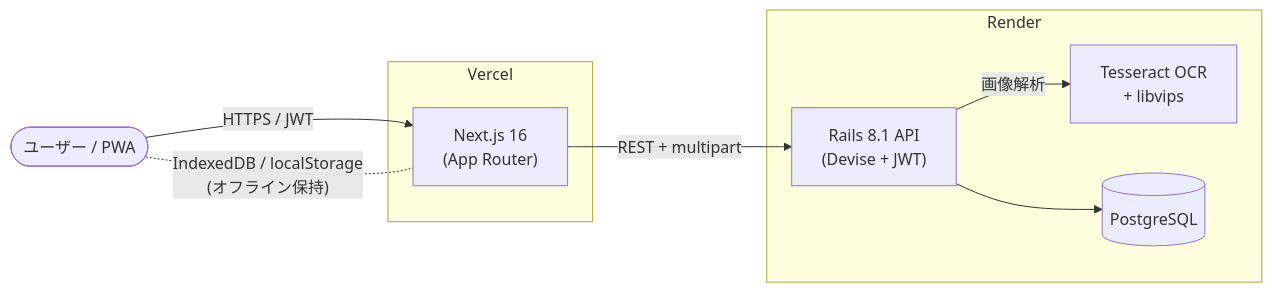
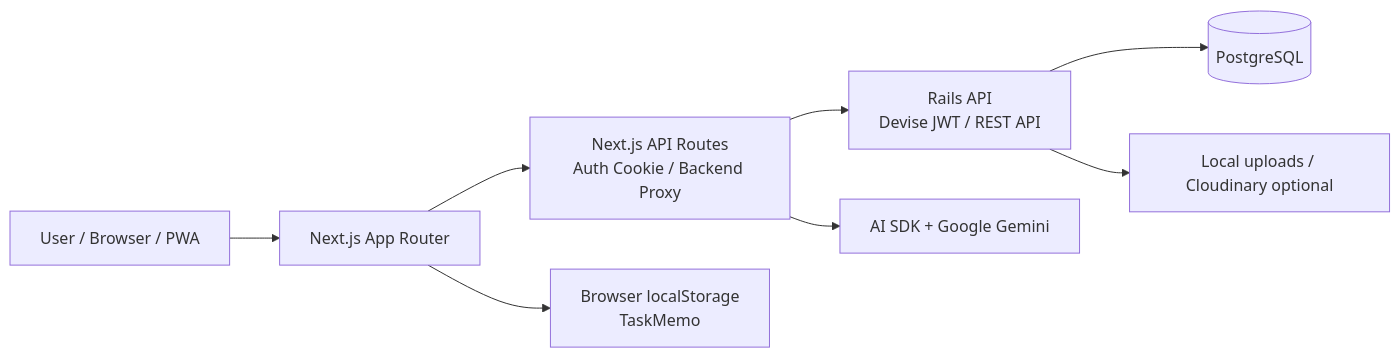
One commit to yuzz87/daily-App-ios-vercel changed the first of 2 diagrams in README.md. Above: the diagram before and after it, drawn with Mermaid. The commit also changed other lines of this file and 83 other files, not shown here.

````diff
--- a/README.md
+++ b/README.md
@@ -93,21 +66,19 @@
 ```mermaid
 flowchart LR
-    User([ユーザー / PWA])
+    User["User / Browser / PWA"]
+    NextUI["Next.js App Router"]
+    NextAPI["Next.js API Routes<br/>Auth Cookie / Backend Proxy"]
+    Rails["Rails API<br/>Devise JWT / REST API"]
+    DB[("PostgreSQL")]
+    AI["AI SDK + Google Gemini"]
+    Storage["Local uploads / Cloudinary optional"]
+    LocalStorage["Browser localStorage<br/>TaskMemo"]
 
-    subgraph Vercel["Vercel"]
-        Next["Next.js 16<br/>(App Router)"]
-    end
-
-    subgraph Render["Render"]
-        Rails["Rails 8.1 API<br/>(Devise + JWT)"]
-        OCR["Tesseract OCR<br/>+ libvips"]
-        DB[("PostgreSQL")]
-    end
-
-    User -- "HTTPS / JWT" --> Next
-    Next -- "REST + multipart" --> Rails
+    User --> NextUI
+    NextUI --> NextAPI
+    NextUI --> LocalStorage
+    NextAPI --> Rails
     Rails --> DB
-    Rails -- "画像解析" --> OCR
-
-    User -. "IndexedDB / localStorage<br/>(オフライン保持)" .- Next
+    NextAPI --> AI
+    Rails --> Storage
 ```
````
